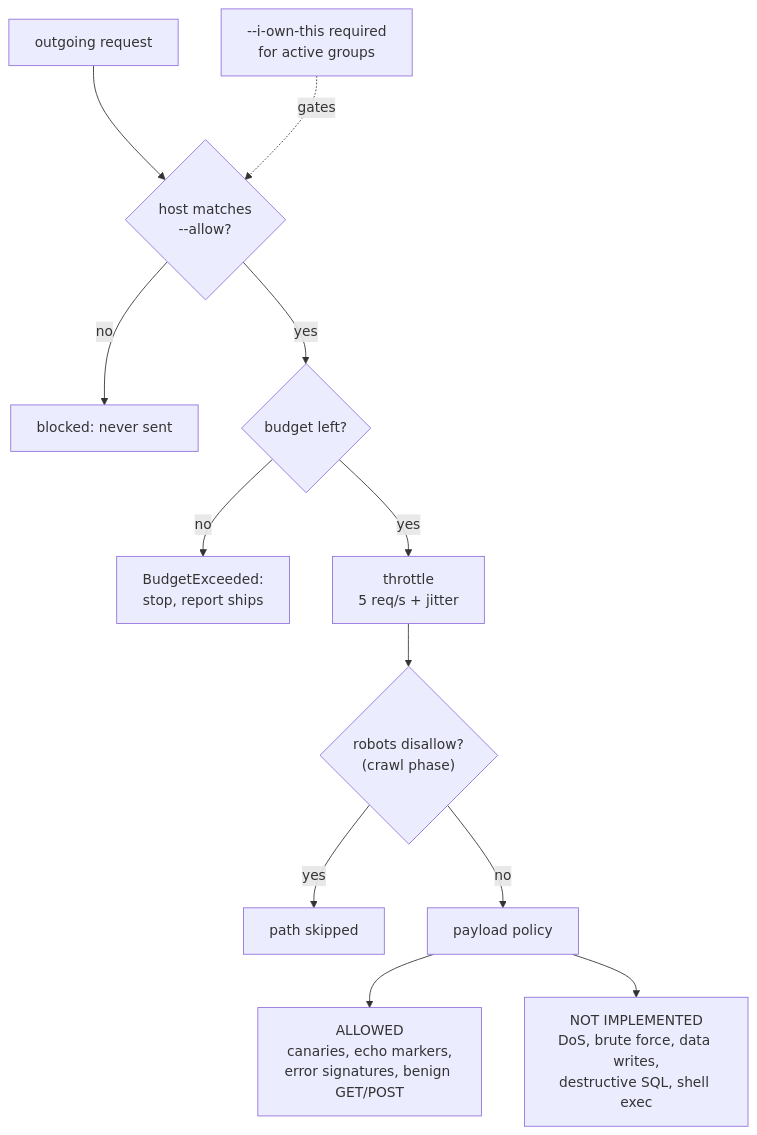
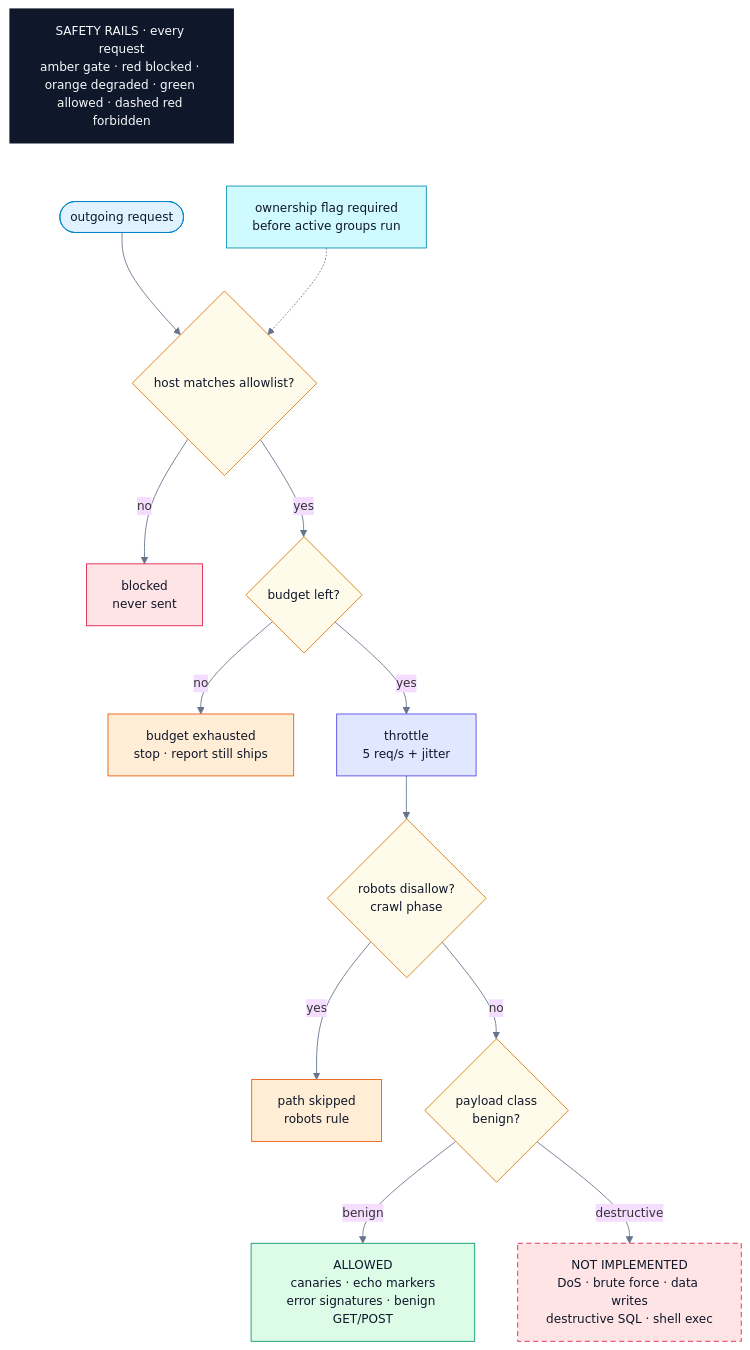
Before and after one commit to pixie-chan/redqueen: the fifth of 6 diagrams in docs/ARCHITECTURE.md, drawn with Mermaid. The commit also changed other lines of this file and 13 other files, not shown here.

Commit message:
redesign all 6 architecture diagrams: design system, title+legend chips, labeled edges, balanced layouts

````diff
--- a/docs/ARCHITECTURE.md
+++ b/docs/ARCHITECTURE.md
@@ -95,14 +164,28 @@
 ```mermaid
+%%{init: {"theme":"base","themeVariables":{"fontFamily":"DejaVu Sans, Helvetica, sans-serif","fontSize":"14px","lineColor":"#64748b","clusterBkg":"#f8fafc","clusterBorder":"#cbd5e1"}}}%%
 flowchart TD
-    Q["outgoing request"] --> G1{"host matches<br/>--allow?"}
-    G1 -- "no" --> K1["blocked: never sent"]
-    G1 -- "yes" --> G2{"budget left?"}
-    G2 -- "no" --> K2["BudgetExceeded:<br/>stop, report ships"]
-    G2 -- "yes" --> G3["throttle<br/>5 req/s + jitter"]
-    G3 --> G4{"robots disallow?<br/>(crawl phase)"}
-    G4 -- "yes" --> K3["path skipped"]
-    G4 -- "no" --> PL["payload policy"]
-    PL --> OKA["ALLOWED<br/>canaries, echo markers,<br/>error signatures, benign GET/POST"]
-    PL --> NOA["NOT IMPLEMENTED<br/>DoS, brute force, data writes,<br/>destructive SQL, shell exec"]
-    OWN["--i-own-this required<br/>for active groups"] -. gates .-> G1
+    T["SAFETY RAILS · every request<br/>amber gate · red blocked · orange degraded · green allowed · dashed red forbidden"]:::title ~~~ Q(["outgoing request"]):::cli
+    Q --> G1{"host matches allowlist?"}:::gate
+    G1 -->|no| K1["blocked<br/>never sent"]:::bad
+    G1 -->|yes| G2{"budget left?"}:::gate
+    G2 -->|no| K2["budget exhausted<br/>stop · report still ships"]:::warn
+    G2 -->|yes| G3["throttle<br/>5 req/s + jitter"]:::engine
+    G3 --> G4{"robots disallow?<br/>crawl phase"}:::gate
+    G4 -->|yes| K3["path skipped<br/>robots rule"]:::warn
+    G4 -->|no| PL{"payload class<br/>benign?"}:::gate
+    PL -->|benign| OKA["ALLOWED<br/>canaries · echo markers<br/>error signatures · benign GET/POST"]:::good
+    PL -->|destructive| NOA["NOT IMPLEMENTED<br/>DoS · brute force · data writes<br/>destructive SQL · shell exec"]:::forbidden
+    OWN["ownership flag required<br/>before active groups run"]:::ext -.-> G1
+
+    classDef title fill:#0f172a,stroke:#0f172a,color:#f8fafc
+    classDef cli fill:#e0f2fe,stroke:#0284c7,color:#0f172a
+    classDef engine fill:#e0e7ff,stroke:#4f46e5,color:#0f172a
+    classDef gate fill:#fffbeb,stroke:#d97706,color:#0f172a
+    classDef good fill:#dcfce7,stroke:#059669,color:#0f172a
+    classDef bad fill:#ffe4e6,stroke:#e11d48,color:#0f172a
+    classDef warn fill:#ffedd5,stroke:#ea580c,color:#0f172a
+    classDef out fill:#ede9fe,stroke:#7c3aed,color:#0f172a
+    classDef neutral fill:#f1f5f9,stroke:#64748b,color:#0f172a
+    classDef ext fill:#cffafe,stroke:#0891b2,color:#0f172a
+    classDef forbidden fill:#ffe4e6,stroke:#e11d48,color:#0f172a,stroke-dasharray:6 4
 ```
````
